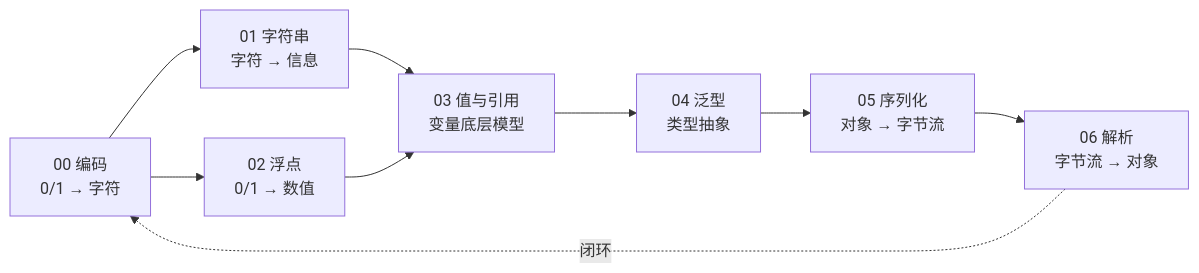
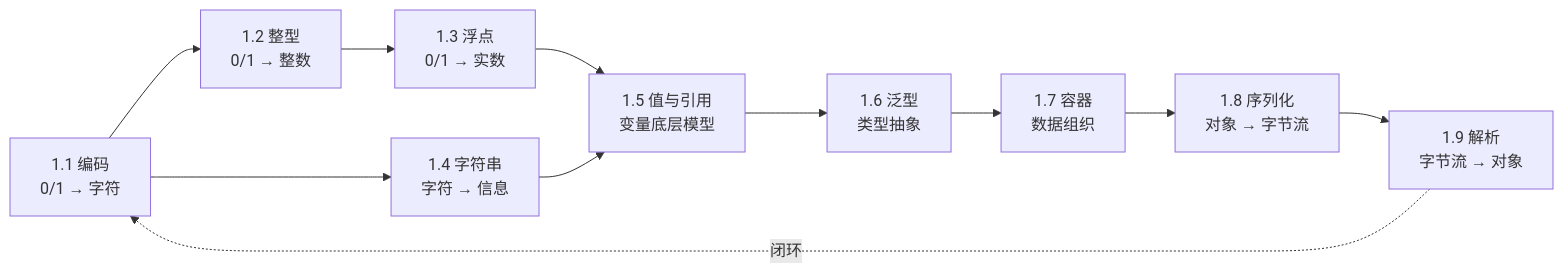
Before and after one commit to chongyang211/YCBookBlog: the diagram in 00.通用技术的提升/02.程序编程原理/01.第1卷数据的本质/README.md, drawn with Mermaid. The commit also changed other lines of this file and 57 other files, not shown here.

Commit message:
一张图看懂这篇导读

````diff
--- a/00.通用技术的提升/02.程序编程原理/01.第1卷数据的本质/README.md
+++ b/00.通用技术的提升/02.程序编程原理/01.第1卷数据的本质/README.md
@@ -37,11 +41,13 @@
 ```mermaid
 flowchart LR
-    A[00 编码<br/>0/1 → 字符] --> B[01 字符串<br/>字符 → 信息]
-    A --> C[02 浮点<br/>0/1 → 数值]
-    B --> D[03 值与引用<br/>变量底层模型]
-    C --> D
-    D --> E[04 泛型<br/>类型抽象]
-    E --> F[05 序列化<br/>对象 → 字节流]
-    F --> G[06 解析<br/>字节流 → 对象]
-    G -.闭环.-> A
+    A[1.1 编码<br/>0/1 → 字符] --> B[1.2 整型<br/>0/1 → 整数]
+    B --> C[1.3 浮点<br/>0/1 → 实数]
+    A --> D[1.4 字符串<br/>字符 → 信息]
+    C --> E[1.5 值与引用<br/>变量底层模型]
+    D --> E
+    E --> F[1.6 泛型<br/>类型抽象]
+    F --> G[1.7 容器<br/>数据组织]
+    G --> H[1.8 序列化<br/>对象 → 字节流]
+    H --> I[1.9 解析<br/>字节流 → 对象]
+    I -.闭环.-> A
 ```
````
